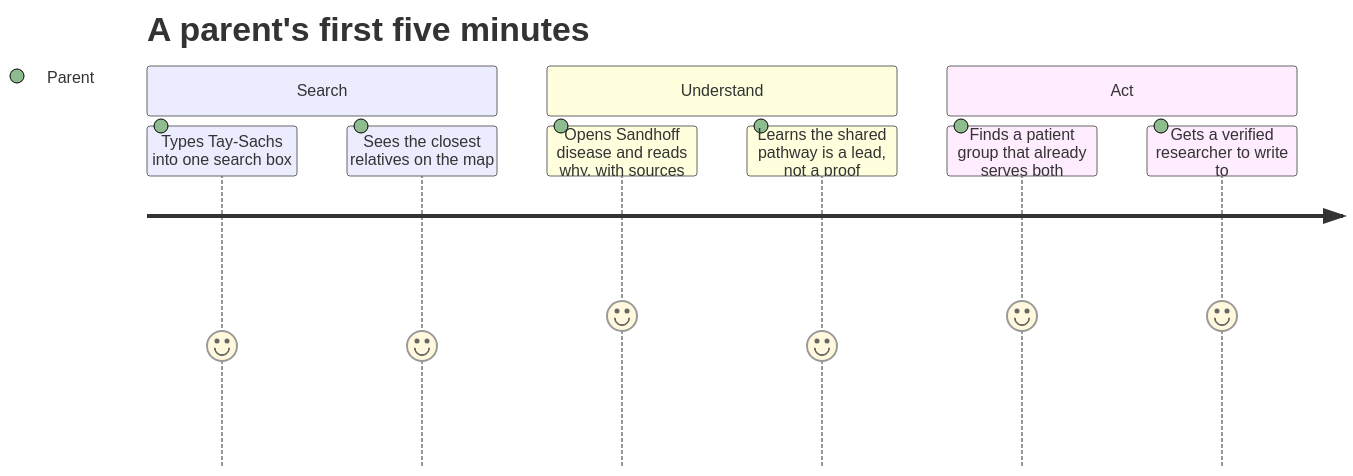
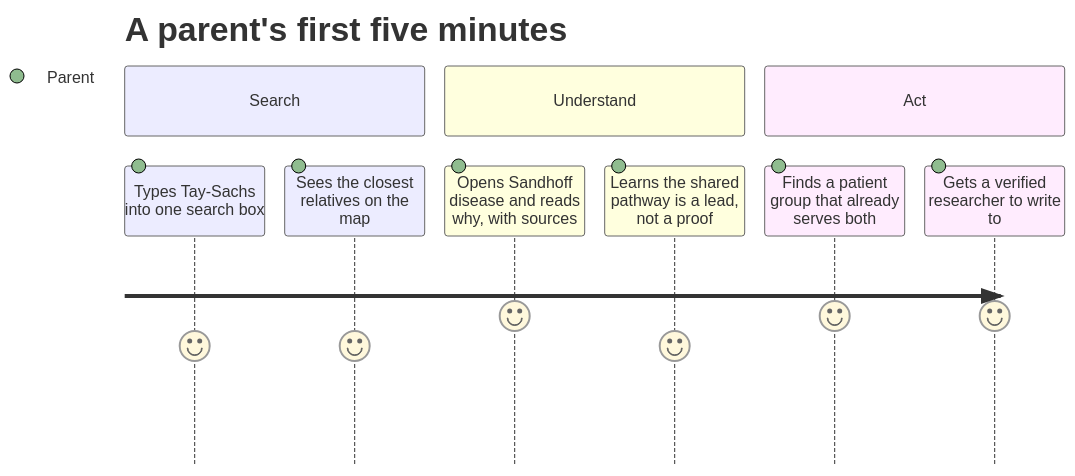
Before and after one commit to vihuynh72/research-os: the second of 12 diagrams in README.md, drawn with Mermaid. The commit also changed other lines of this file and 1 other file, not shown here.

````diff
--- a/README.md
+++ b/README.md
@@ -139,13 +139,14 @@
 ```mermaid
+%%{init: {"journey": {"diagramMarginX": 20, "taskMargin": 20, "leftMargin": 80, "width": 140, "height": 70}}}%%
 journey
     title A parent's first five minutes
     section Search
       Types Tay-Sachs into one search box: 4: Parent
       Sees the closest relatives on the map: 4: Parent
     section Understand
       Opens Sandhoff disease and reads why, with sources: 5: Parent
       Learns the shared pathway is a lead, not a proof: 4: Parent
     section Act
       Finds a patient group that already serves both: 5: Parent
       Gets a verified researcher to write to: 5: Parent
 ```
````
